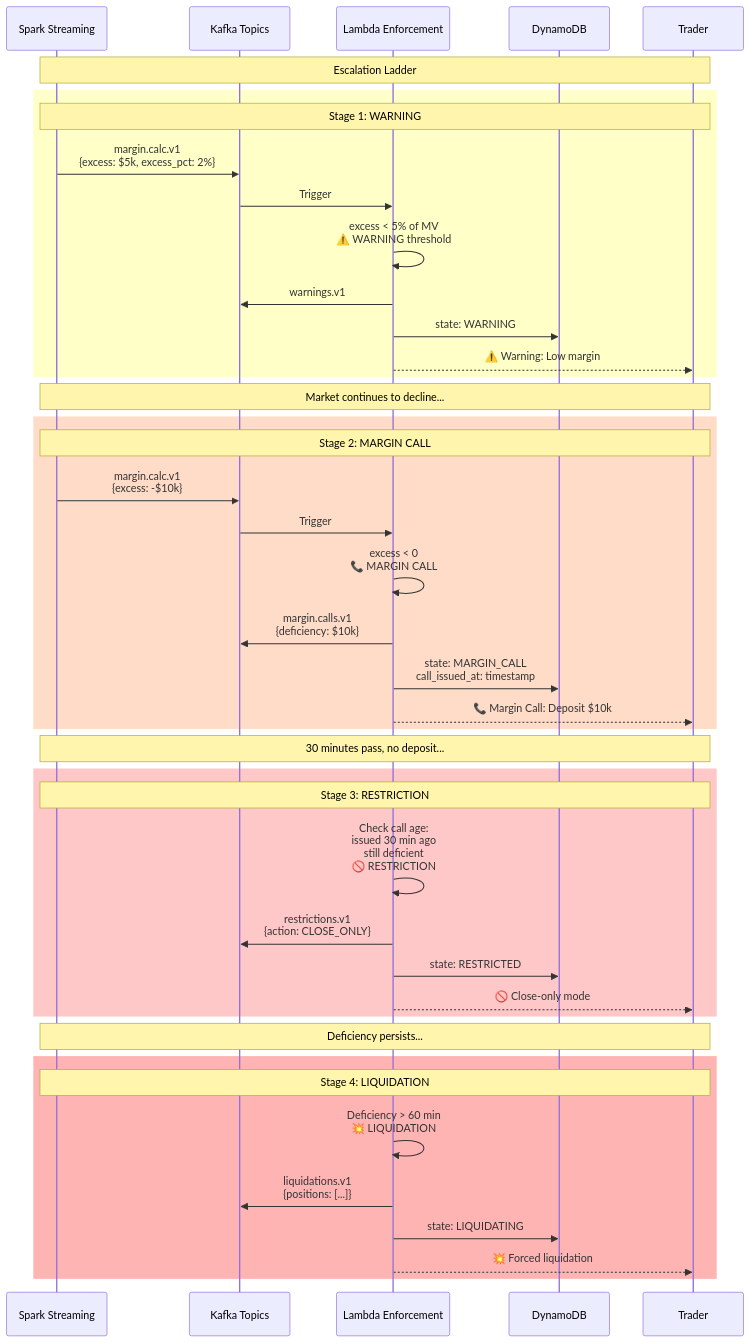
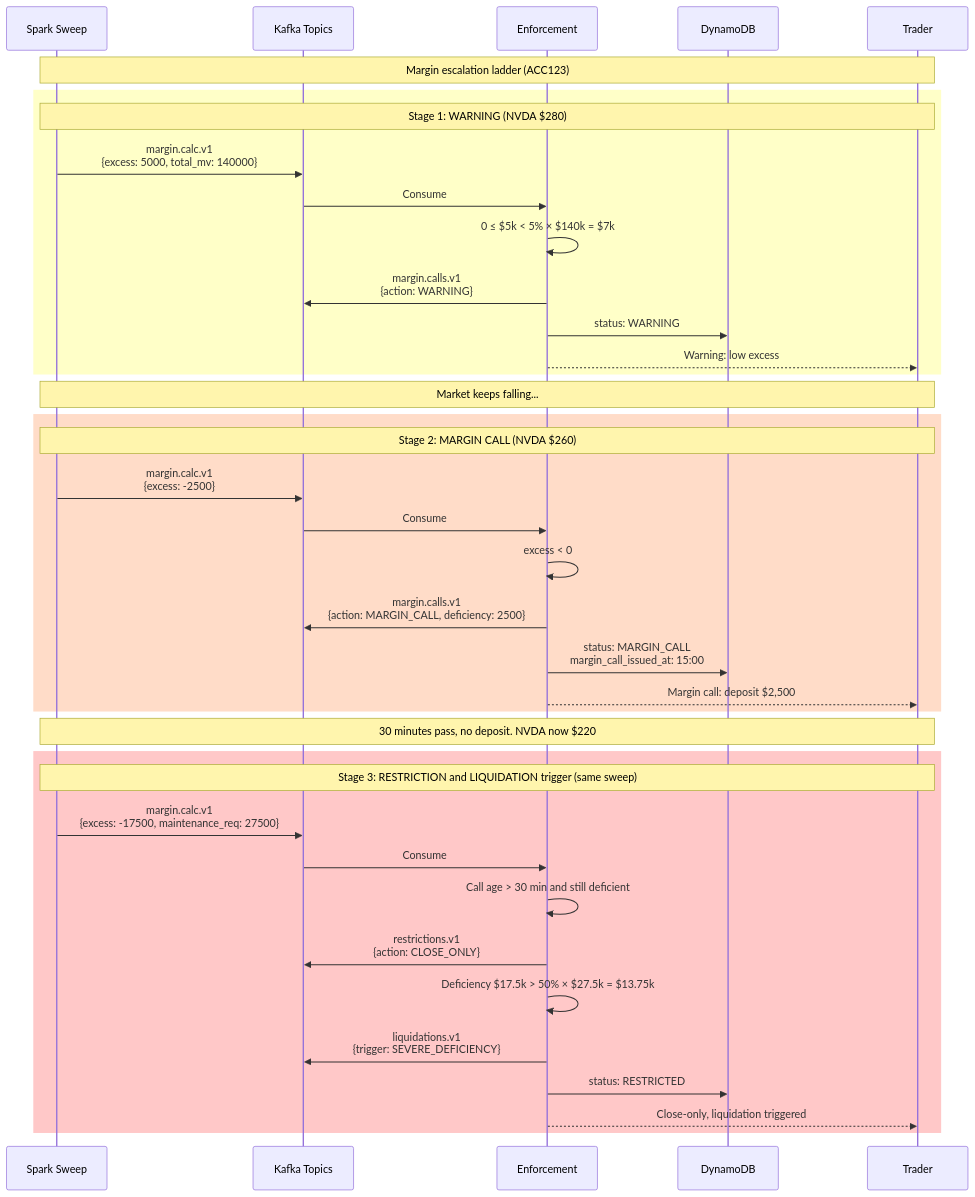
One commit to lukelittle/homepage changed the third of 3 diagrams in content/posts/2026/02/finra-4210-margin-risk-monitor/index.md. Above: the diagram before and after it, drawn with Mermaid. The commit also changed other lines of this file, not shown here.

Commit message:
FINRA 4210 draft: rebuild worked examples with leveraged account, unify scenario grid and escalation ladder, fix costs

````diff
--- a/content/posts/2026/02/finra-4210-margin-risk-monitor/index.md
+++ b/content/posts/2026/02/finra-4210-margin-risk-monitor/index.md
@@ -414,52 +465,46 @@
 ```mermaid
 sequenceDiagram
-    participant Spark as Spark Streaming
+    participant Spark as Spark Sweep
     participant Kafka as Kafka Topics
-    participant Enforcement as Lambda Enforcement
+    participant Enforcement as Enforcement
     participant DDB as DynamoDB
     participant Trader
 
-    Note over Spark,Trader: Escalation Ladder
+    Note over Spark,Trader: Margin escalation ladder (ACC123)
 
     rect rgb(255, 255, 200)
-        Note over Spark,Trader: Stage 1: WARNING
-        Spark->>Kafka: margin.calc.v1<br/>{excess: $5k, excess_pct: 2%}
-        Kafka->>Enforcement: Trigger
-        Enforcement->>Enforcement: excess < 5% of MV<br/>⚠️ WARNING threshold
-        Enforcement->>Kafka: warnings.v1
-        Enforcement->>DDB: state: WARNING
-        Enforcement-->>Trader: ⚠️ Warning: Low margin
+        Note over Spark,Trader: Stage 1: WARNING (NVDA $280)
+        Spark->>Kafka: margin.calc.v1<br/>{excess: 5000, total_mv: 140000}
+        Kafka->>Enforcement: Consume
+        Enforcement->>Enforcement: 0 ≤ $5k < 5% × $140k = $7k
+        Enforcement->>Kafka: margin.calls.v1<br/>{action: WARNING}
+        Enforcement->>DDB: status: WARNING
+        Enforcement-->>Trader: Warning: low excess
     end
 
-    Note over Spark,Trader: Market continues to decline...
+    Note over Spark,Trader: Market keeps falling...
 
     rect rgb(255, 220, 200)
-        Note over Spark,Trader: Stage 2: MARGIN CALL
-        Spark->>Kafka: margin.calc.v1<br/>{excess: -$10k}
-        Kafka->>Enforcement: Trigger
-        Enforcement->>Enforcement: excess < 0<br/>📞 MARGIN CALL
-        Enforcement->>Kafka: margin.calls.v1<br/>{deficiency: $10k}
-        Enforcement->>DDB: state: MARGIN_CALL<br/>call_issued_at: timestamp
-        Enforcement-->>Trader: 📞 Margin Call: Deposit $10k
+        Note over Spark,Trader: Stage 2: MARGIN CALL (NVDA $260)
+        Spark->>Kafka: margin.calc.v1<br/>{excess: -2500}
+        Kafka->>Enforcement: Consume
+        Enforcement->>Enforcement: excess < 0
+        Enforcement->>Kafka: margin.calls.v1<br/>{action: MARGIN_CALL, deficiency: 2500}
+        Enforcement->>DDB: status: MARGIN_CALL<br/>margin_call_issued_at: 15:00
+        Enforcement-->>Trader: Margin call: deposit $2,500
     end
 
-    Note over Spark,Trader: 30 minutes pass, no deposit...
+    Note over Spark,Trader: 30 minutes pass, no deposit. NVDA now $220
 
     rect rgb(255, 200, 200)
-        Note over Spark,Trader: Stage 3: RESTRICTION
-        Enforcement->>Enforcement: Check call age:<br/>issued 30 min ago<br/>still deficient<br/>🚫 RESTRICTION
+        Note over Spark,Trader: Stage 3: RESTRICTION and LIQUIDATION trigger (same sweep)
+        Spark->>Kafka: margin.calc.v1<br/>{excess: -17500, maintenance_req: 27500}
+        Kafka->>Enforcement: Consume
+        Enforcement->>Enforcement: Call age > 30 min and still deficient
         Enforcement->>Kafka: restrictions.v1<br/>{action: CLOSE_ONLY}
-        Enforcement->>DDB: state: RESTRICTED
-        Enforcement-->>Trader: 🚫 Close-only mode
-    end
-
-    Note over Spark,Trader: Deficiency persists...
-
-    rect rgb(255, 180, 180)
-        Note over Spark,Trader: Stage 4: LIQUIDATION
-        Enforcement->>Enforcement: Deficiency > 60 min<br/>💥 LIQUIDATION
-        Enforcement->>Kafka: liquidations.v1<br/>{positions: [...]}
-        Enforcement->>DDB: state: LIQUIDATING
-        Enforcement-->>Trader: 💥 Forced liquidation
+        Enforcement->>Enforcement: Deficiency $17.5k > 50% × $27.5k = $13.75k
+        Enforcement->>Kafka: liquidations.v1<br/>{trigger: SEVERE_DEFICIENCY}
+        Enforcement->>DDB: status: RESTRICTED
+        Enforcement-->>Trader: Close-only, liquidation triggered
     end
 ```
````
